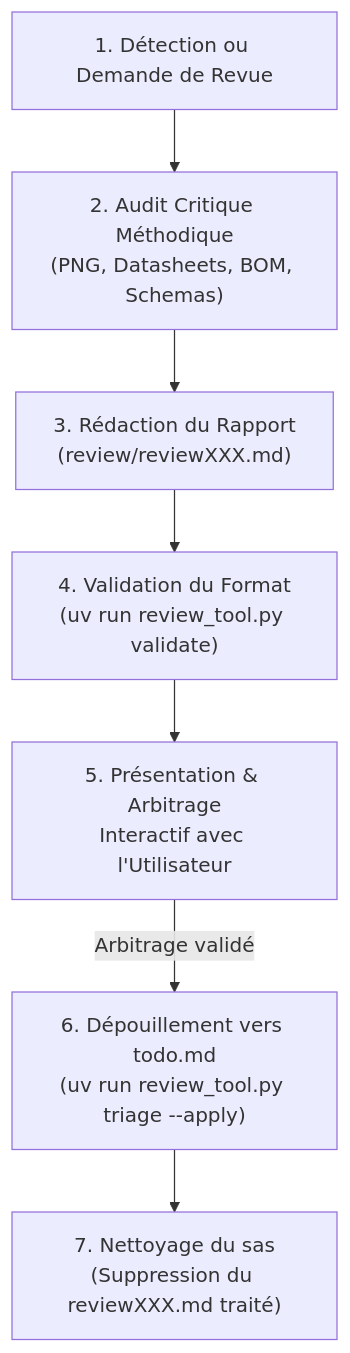
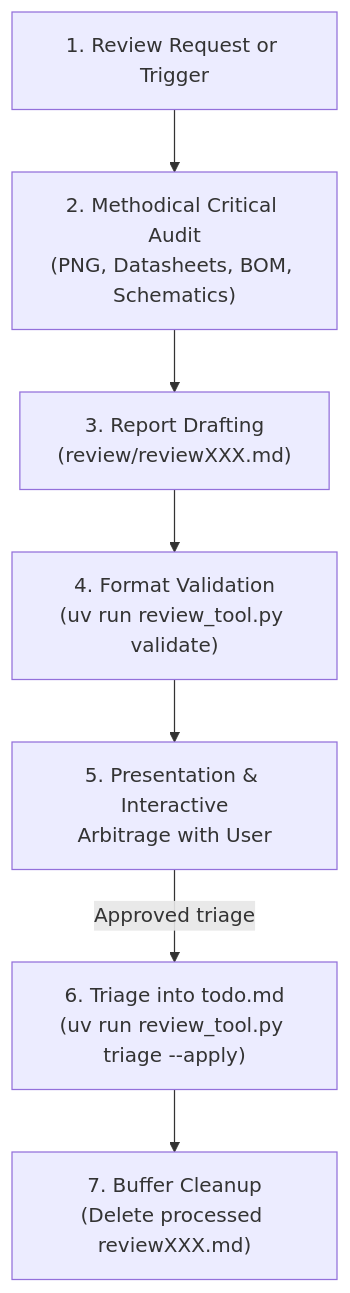
Before and after one commit to nitrogene/OBD2: the diagram in .agents/skills/review/SKILL.md, drawn with Mermaid. The commit also changed other lines of this file and 20 other files, not shown here.

````diff
--- a/.agents/skills/review/SKILL.md
+++ b/.agents/skills/review/SKILL.md
@@ -162,10 +162,10 @@
 ```mermaid
 flowchart TD
-    A["1. Détection ou Demande de Revue"] --> B["2. Audit Critique Méthodique\n(PNG, Datasheets, BOM, Schemas)"]
-    B --> C["3. Rédaction du Rapport\n(review/reviewXXX.md)"]
-    C --> D["4. Validation du Format\n(uv run review_tool.py validate)"]
-    D --> E["5. Présentation & Arbitrage\nInteractif avec l'Utilisateur"]
-    E -->|Arbitrage validé| F["6. Dépouillement vers todo.md\n(uv run review_tool.py triage --apply)"]
-    G["7. Nettoyage du sas\n(Suppression du reviewXXX.md traité)"]
+    A["1. Review Request or Trigger"] --> B["2. Methodical Critical Audit\n(PNG, Datasheets, BOM, Schematics)"]
+    B --> C["3. Report Drafting\n(review/reviewXXX.md)"]
+    C --> D["4. Format Validation\n(uv run review_tool.py validate)"]
+    D --> E["5. Presentation & Interactive\nArbitrage with User"]
+    E -->|Approved triage| F["6. Triage into todo.md\n(uv run review_tool.py triage --apply)"]
+    G["7. Buffer Cleanup\n(Delete processed reviewXXX.md)"]
     F --> G
 ```
````
